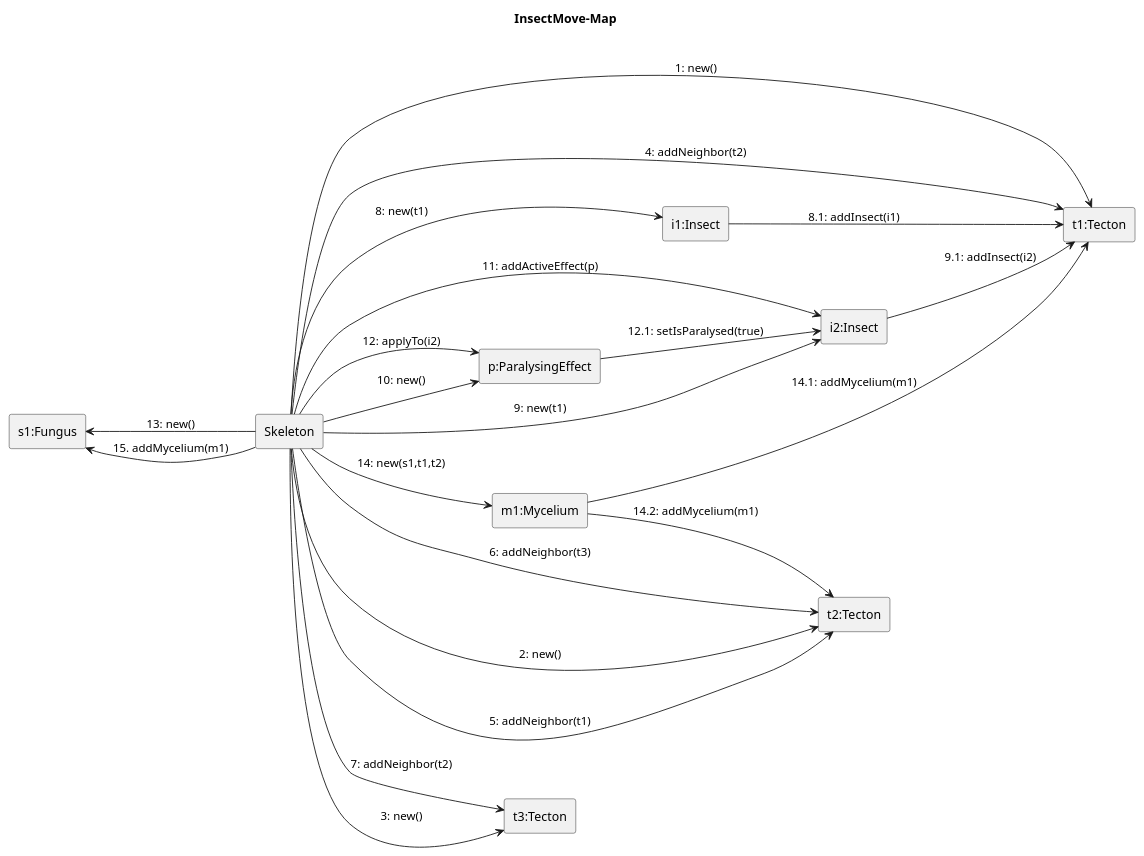
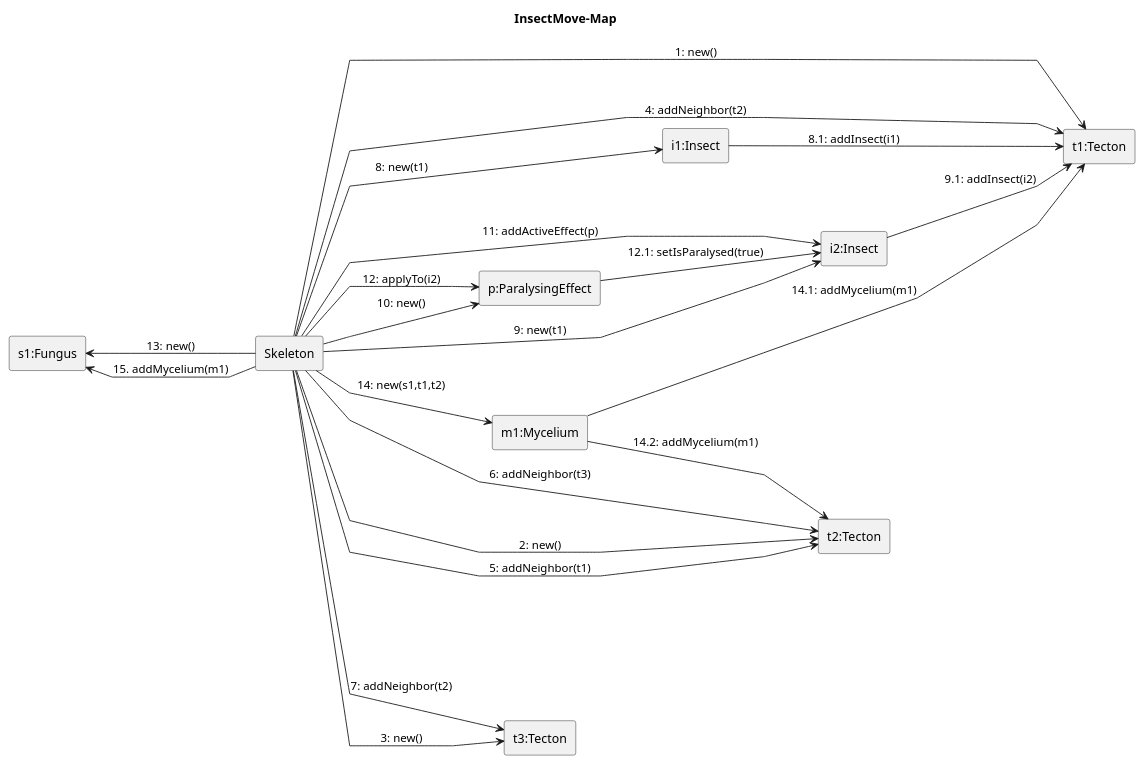
Before and after one commit to ZD4ve/projlab-error521: the diagram in Skeleton/Insect-move/map.pu, drawn with PlantUML. The commit also changed 4 other files, not shown here.

```diff
--- a/Skeleton/Insect-move/map.pu
+++ b/Skeleton/Insect-move/map.pu
@@ -1,40 +1,41 @@
 @startuml Insect-move/map 
 left to right direction
 title InsectMove-Map
-
+skinparam linetype polyline
 rectangle Skeleton as S
 
+'TODO: Add Mushroom
 rectangle "s1:Fungus" as s1
 rectangle "m1:Mycelium" as m1
 rectangle "t1:Tecton" as t1
 rectangle "t2:Tecton" as t2
 rectangle "t3:Tecton" as t3
 rectangle "i1:Insect" as i1
 rectangle "i2:Insect" as i2
 rectangle "p:ParalysingEffect" as p
 
 S --> t1: 1: new()
 S --> t2: 2: new()
 S --> t3: 3: new()
 S --> t1: 4: addNeighbor(t2)
 S --> t2: 5: addNeighbor(t1)
 S --> t2: 6: addNeighbor(t3)
 S --> t3: 7: addNeighbor(t2)
 
 S --> i1: 8: new(t1)
 i1 --> t1 : 8.1: addInsect(i1)
 S --> i2: 9: new(t1)
 i2 --> t1 : 9.1: addInsect(i2)
 S --> p: 10: new()
 S --> i2: 11: addActiveEffect(p)
 S --> p : 12: applyTo(i2)
 p --> i2 : 12.1: setIsParalysed(true)
 
 S -left-> s1: 13: new()
 S --> m1: 14: new(s1,t1,t2)
 m1 --> t1 : 14.1: addMycelium(m1)
 m1 --> t2 : 14.2: addMycelium(m1)
 S --> s1: 15. addMycelium(m1)
 
 
 @enduml
```
